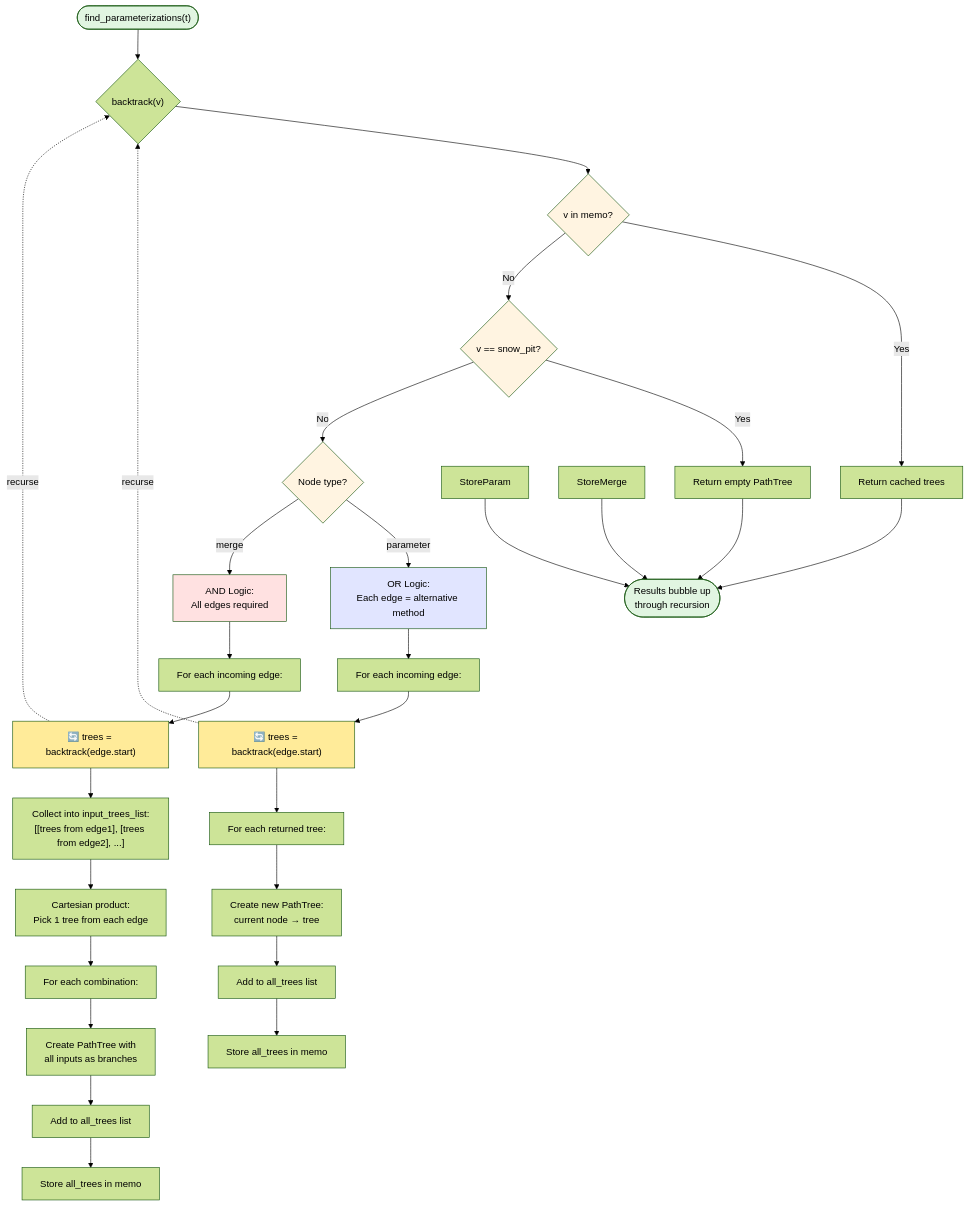
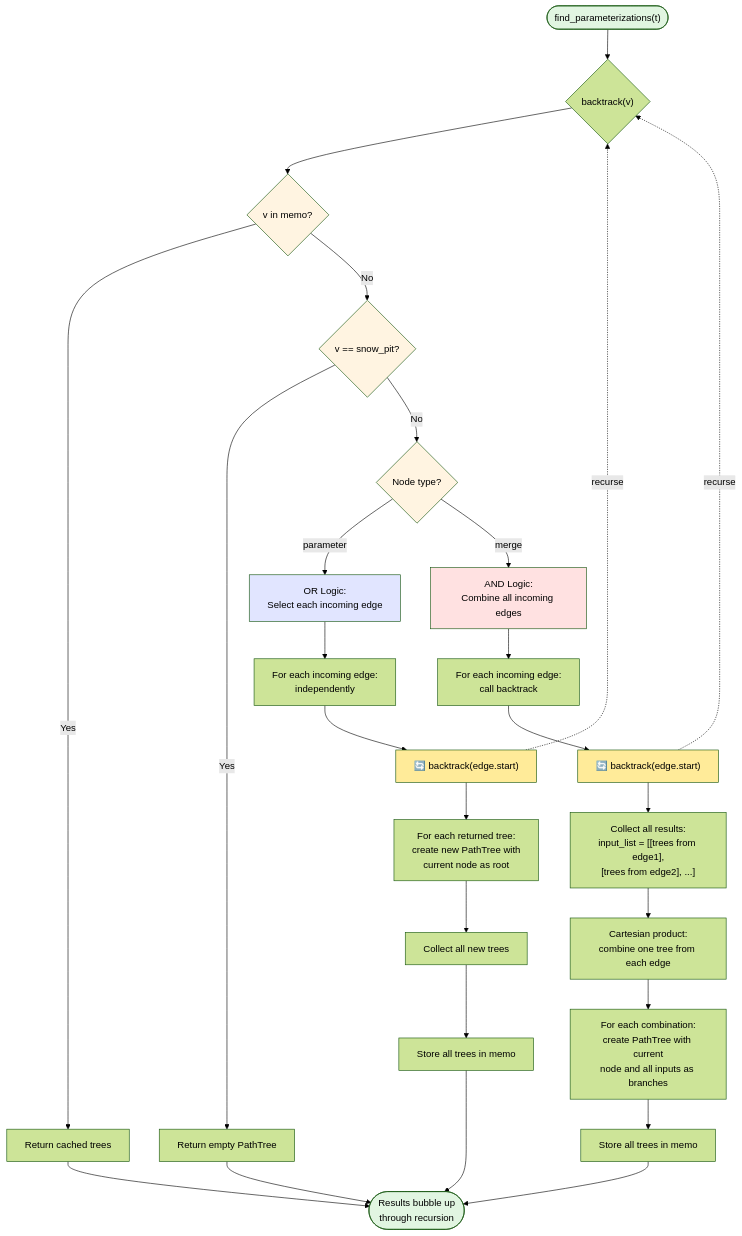
The diagram in algorithm/algorithm_flowchart.md (connellymk/SnowPyt-MechParams), drawn with Mermaid (forest theme) before and after one commit. The commit also changed other lines of this file, not shown here.

````diff
--- a/algorithm/algorithm_flowchart.md
+++ b/algorithm/algorithm_flowchart.md
@@ -5,48 +5,45 @@
 ```mermaid
 flowchart TD
     Start(["find_parameterizations(t)"]) --> Backtrack{"backtrack(v)"}
     
     Backtrack --> CheckMemo{v in memo?}
     CheckMemo -->|Yes| Return[Return cached trees]
     CheckMemo -->|No| CheckBase{v == snow_pit?}
     
     CheckBase -->|Yes| BaseCase[Return empty PathTree]
     CheckBase -->|No| CheckType{Node type?}
     
-    CheckType -->|parameter| ParamLogic["OR Logic:<br/>Each edge = alternative method"]
-    CheckType -->|merge| MergeLogic["AND Logic:<br/>All edges required"]
+    CheckType -->|parameter| ParamLogic["OR Logic:<br/>Select each incoming edge"]
+    CheckType -->|merge| MergeLogic["AND Logic:<br/>Combine all incoming edges"]
     
-    ParamLogic --> ParamLoop["For each incoming edge:"]
-    ParamLoop --> RecurseParam["🔄 trees = backtrack(edge.start)"]
+    ParamLogic --> ForEachEdge["For each incoming edge:<br/>independently"]
+    ForEachEdge --> RecurseParam["🔄 backtrack(edge.start)"]
     RecurseParam -.->|recurse| Backtrack
-    RecurseParam --> ParamNested["For each returned tree:"]
-    ParamNested --> WrapTree["Create new PathTree:<br/>current node → tree"]
-    WrapTree --> AddToList["Add to all_trees list"]
-    AddToList --> ParamStore[Store all_trees in memo]
+    RecurseParam --> BuildParam["For each returned tree:<br/>create new PathTree with<br/>current node as root"]
+    BuildParam --> CollectParam["Collect all new trees"]
+    CollectParam --> StoreParam[Store all trees in memo]
     
-    MergeLogic --> MergeLoop["For each incoming edge:"]
-    MergeLoop --> RecurseMerge["🔄 trees = backtrack(edge.start)"]
+    MergeLogic --> ForEachInput["For each incoming edge:<br/>call backtrack"]
+    ForEachInput --> RecurseMerge["🔄 backtrack(edge.start)"]
     RecurseMerge -.->|recurse| Backtrack
-    RecurseMerge --> CollectInputs["Collect into input_trees_list:<br/>[[trees from edge1], [trees from edge2], ...]"]
-    CollectInputs --> Cartesian["Cartesian product:<br/>Pick 1 tree from each edge"]
-    Cartesian --> MergeNested["For each combination:"]
-    MergeNested --> CreateMerge["Create PathTree with<br/>all inputs as branches"]
-    CreateMerge --> AddMerge["Add to all_trees list"]
-    AddMerge --> MergeStore[Store all_trees in memo]
+    RecurseMerge --> CollectInputs["Collect all results:<br/>input_list = [[trees from edge1],<br/>[trees from edge2], ...]"]
+    CollectInputs --> Cartesian["Cartesian product:<br/>combine one tree from each edge"]
+    Cartesian --> BuildMerge["For each combination:<br/>create PathTree with current<br/>node and all inputs as branches"]
+    BuildMerge --> StoreMerge[Store all trees in memo]
     
     StoreParam --> End
     StoreMerge --> End
     BaseCase --> End
     Return --> End
     End([Results bubble up<br/>through recursion])
     
     style Start fill:#e1f5e1
     style End fill:#e1f5e1
     style CheckMemo fill:#fff4e1
     style CheckBase fill:#fff4e1
     style CheckType fill:#fff4e1
     style ParamLogic fill:#e1e5ff
     style MergeLogic fill:#ffe1e1
     style RecurseParam fill:#ffeb99
     style RecurseMerge fill:#ffeb99
 ```
````
